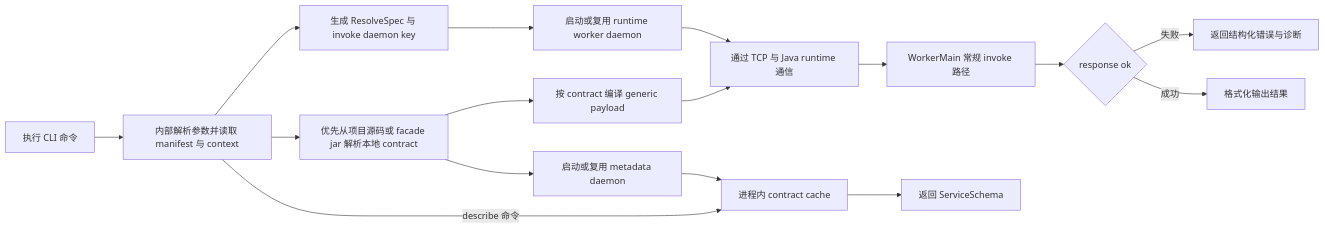
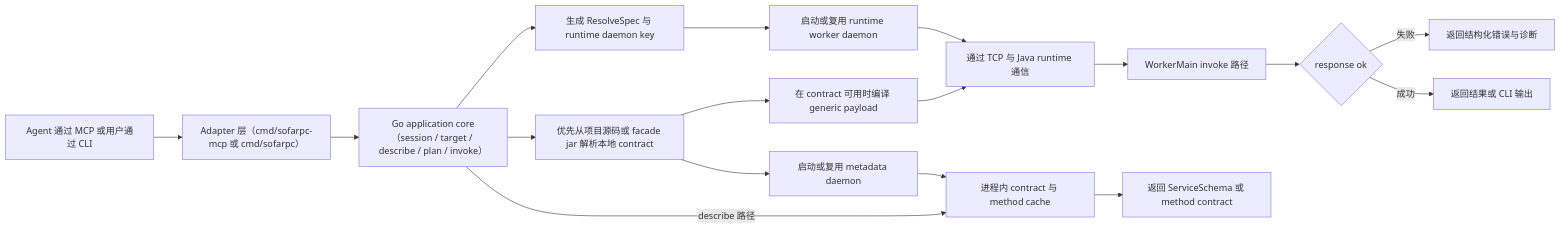
Before and after one commit to hex1n/sofarpc-cli: the diagram in README.zh-CN.md, drawn with Mermaid. The commit also changed other lines of this file and 32 other files, not shown here.

First line of the commit message:
feat: add agent-first MCP workflow

````diff
--- a/README.zh-CN.md
+++ b/README.zh-CN.md
@@ -36,18 +55,19 @@
 ```mermaid
 flowchart LR
-    A[执行 CLI 命令] --> B[内部解析参数并读取 manifest 与 context]
-    B --> C[优先从项目源码或 facade jar 解析本地 contract]
-    C --> D[启动或复用 metadata daemon]
-    D --> E[进程内 contract cache]
-    C --> F[按 contract 编译 generic payload]
-    B --> G[生成 ResolveSpec 与 invoke daemon key]
-    G --> H[启动或复用 runtime worker daemon]
-    H --> I[通过 TCP 与 Java runtime 通信]
-    F --> I
-    B -->|describe 命令| E
-    I --> J[WorkerMain 常规 invoke 路径]
-    E --> K[返回 ServiceSchema]
-    J --> L{response ok}
-    L -->|失败| M[返回结构化错误与诊断]
-    L -->|成功| N[格式化输出结果]
+    A["Agent 通过 MCP 或用户通过 CLI"] --> B["Adapter 层（cmd/sofarpc-mcp 或 cmd/sofarpc）"]
+    B --> C["Go application core（session / target / describe / plan / invoke）"]
+    C --> D["优先从项目源码或 facade jar 解析本地 contract"]
+    D --> E["启动或复用 metadata daemon"]
+    E --> F["进程内 contract 与 method cache"]
+    D --> G["在 contract 可用时编译 generic payload"]
+    C --> H["生成 ResolveSpec 与 runtime daemon key"]
+    H --> I["启动或复用 runtime worker daemon"]
+    I --> J["通过 TCP 与 Java runtime 通信"]
+    G --> J
+    C -->|describe 路径| F
+    J --> K["WorkerMain invoke 路径"]
+    F --> L["返回 ServiceSchema 或 method contract"]
+    K --> M{response ok}
+    M -->|失败| N["返回结构化错误与诊断"]
+    M -->|成功| O["返回结果或 CLI 输出"]
 ```
````
